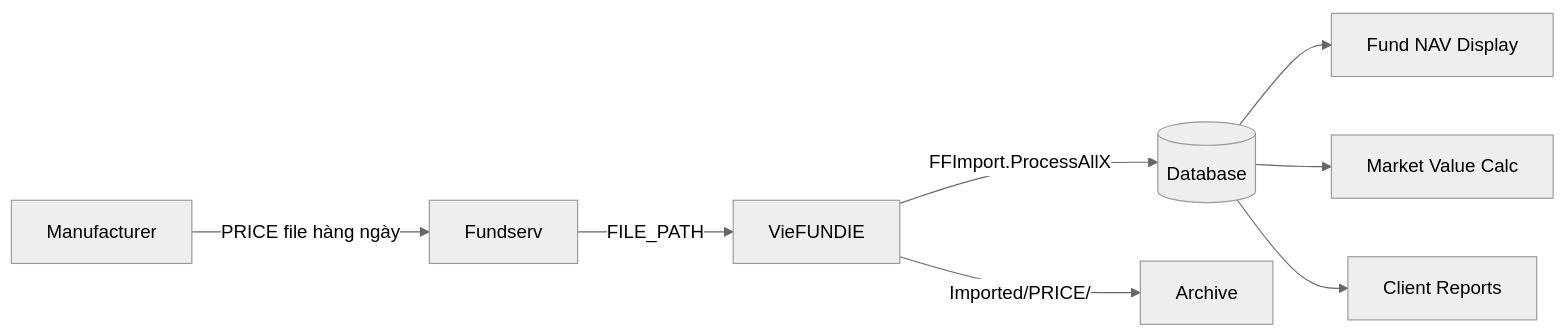
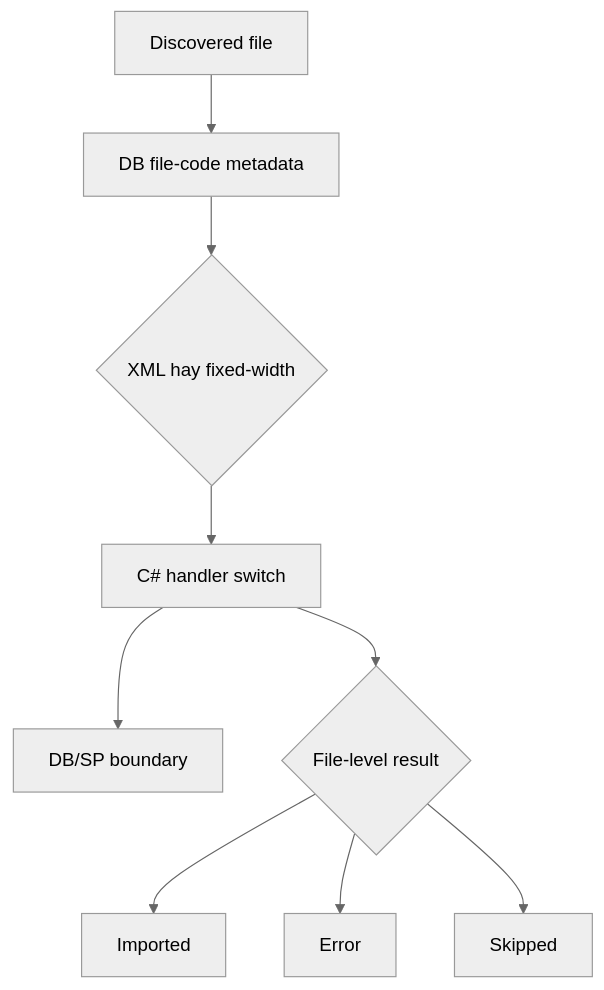
One commit to novemberrain2430/VieFUND_GitBookTest changed the second of 2 diagrams in Docs_V2/topics/fundserv/files-dataflow.md. Above: the diagram before and after it, drawn with Mermaid (neutral theme). The commit also changed other lines of this file and 41 other files, not shown here.

````diff
--- a/Docs_V2/topics/fundserv/files-dataflow.md
+++ b/Docs_V2/topics/fundserv/files-dataflow.md
@@ -487,10 +97,11 @@
 ```mermaid
-flowchart LR
-    MFR[Manufacturer] -->|PRICE file hàng ngày| FS[Fundserv]
-    FS -->|FILE_PATH| SVC[VieFUNDIE]
-    SVC -->|FFImport.ProcessAllX| DB[(Database)]
-    SVC -->|Imported/PRICE/| ARCH[Archive]
-    DB --> FV[Fund NAV Display]
-    DB --> MV[Market Value Calc]
-    DB --> RPT[Client Reports]
+flowchart TD
+    IN[Discovered file] --> META[DB file-code metadata]
+    META --> KIND{XML hay fixed-width}
+    KIND --> HANDLER[C# handler switch]
+    HANDLER --> SP[DB/SP boundary]
+    HANDLER --> RESULT{File-level result}
+    RESULT --> IMPORTED[Imported]
+    RESULT --> ERROR[Error]
+    RESULT --> SKIPPED[Skipped]
 ```
````
